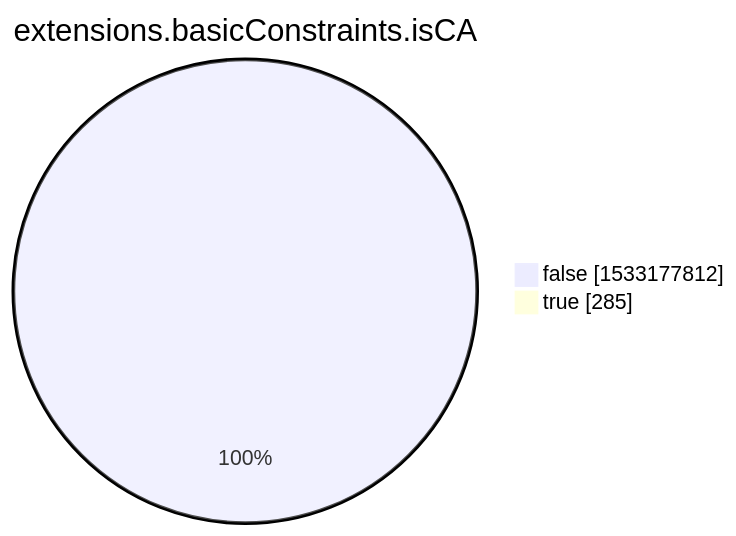
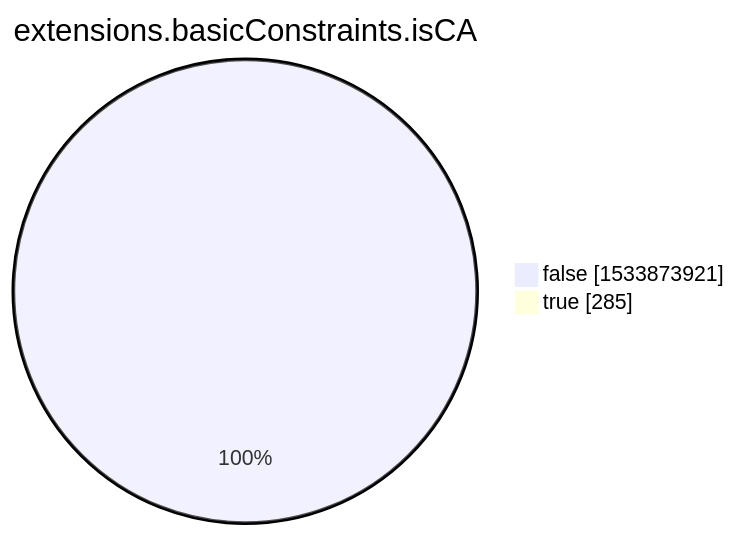
The eighth of 15 diagrams in xenon2022/README.md (christiankrug/ctmonitor_visualization), drawn with Mermaid before and after one commit. The commit also changed other lines of this file, not shown here.

````diff
--- a/xenon2022/README.md
+++ b/xenon2022/README.md
@@ -2857,6 +2857,6 @@
 ```mermaid
 pie showData
 title extensions.basicConstraints.isCA
-"false" :1533177812
+"false" :1533873921
 "true" :285
 ```
````
